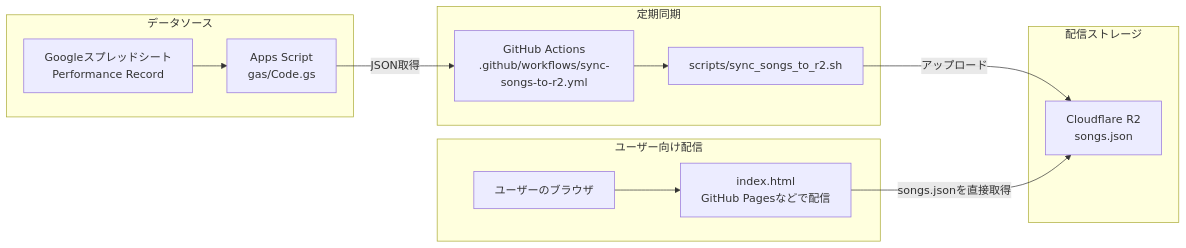
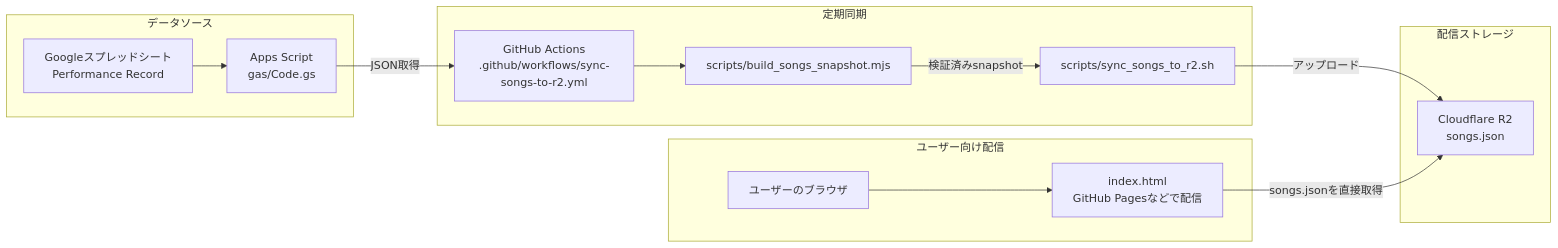
The diagram in README.md (PerformanceRecord/uni-uta-db), drawn with Mermaid before and after one commit. The commit also changed other lines of this file, not shown here.

````diff
--- a/README.md
+++ b/README.md
@@ -44,28 +53,30 @@
 ```mermaid
 flowchart LR
   subgraph DataSource[データソース]
     Sheet[Googleスプレッドシート\nPerformance Record]
     GAS[Apps Script\ngas/Code.gs]
     Sheet --> GAS
   end
 
   subgraph Sync[定期同期]
     GH[GitHub Actions\n.github/workflows/sync-songs-to-r2.yml]
+    Build[scripts/build_songs_snapshot.mjs]
     Script[scripts/sync_songs_to_r2.sh]
     GAS -->|JSON取得| GH
-    GH --> Script
+    GH --> Build
+    Build -->|検証済みsnapshot| Script
   end
 
   subgraph Storage[配信ストレージ]
     R2[Cloudflare R2\nsongs.json]
     Script -->|アップロード| R2
   end
 
   subgraph Client[ユーザー向け配信]
     Front[index.html\nGitHub Pagesなどで配信]
     Browser[ユーザーのブラウザ]
     Browser --> Front
     Front -->|songs.jsonを直接取得| R2
   end
 
 ```
````
